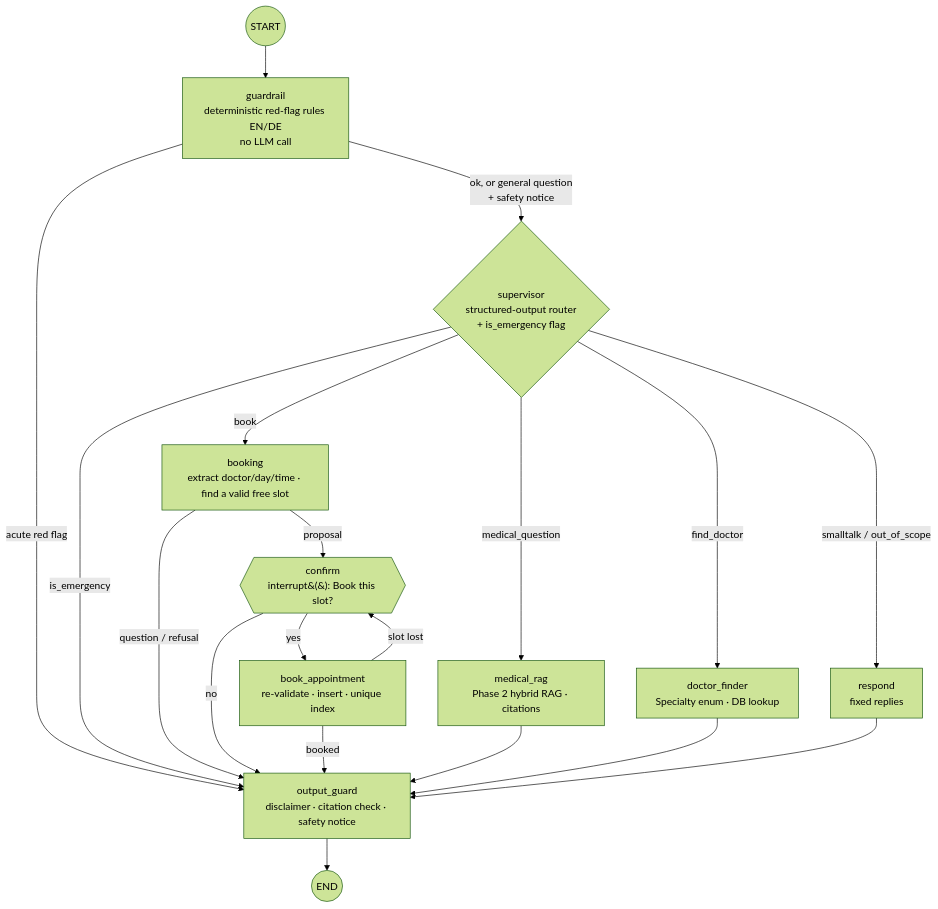
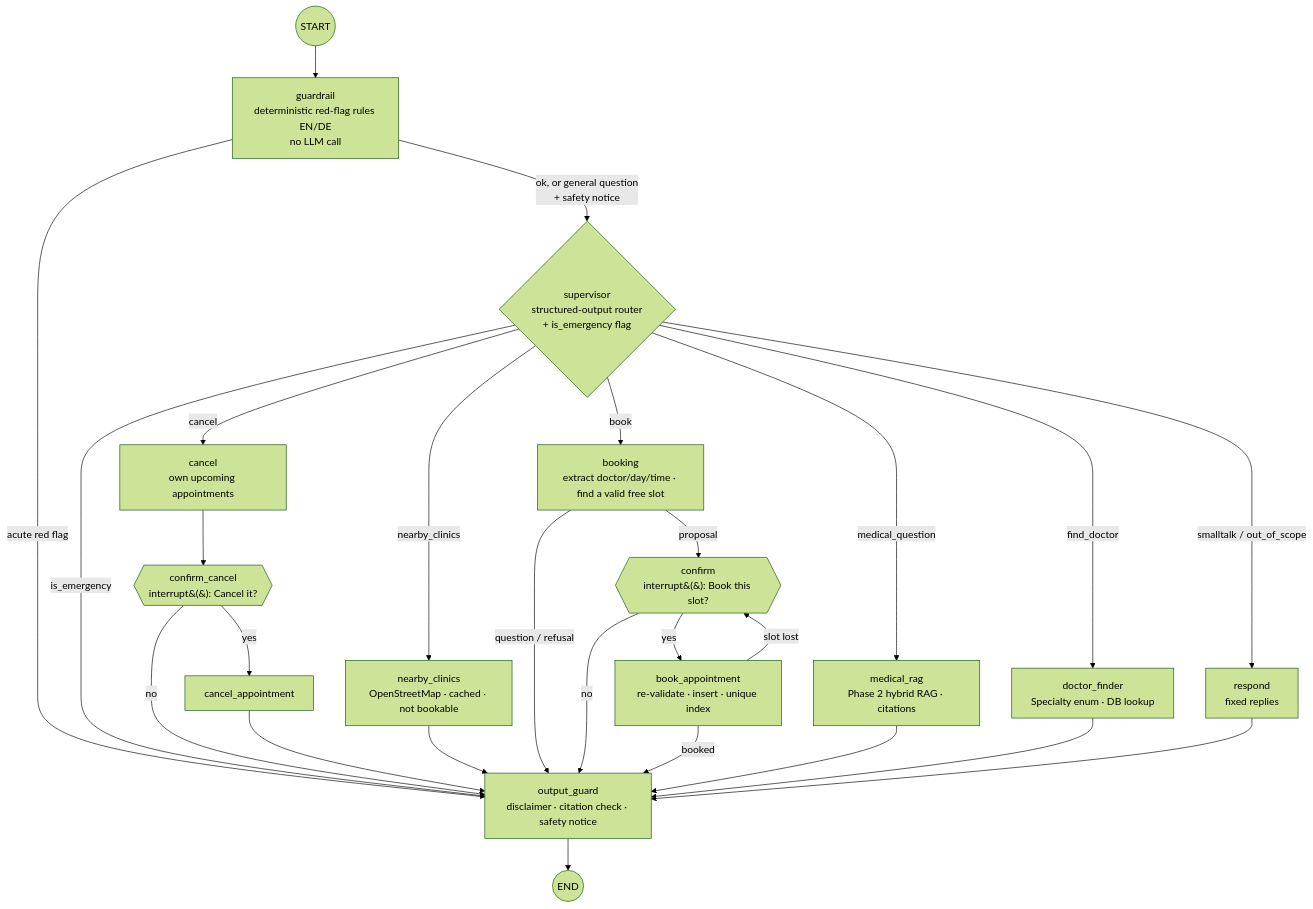
Before and after one commit to KeertiPremGadde/agentic-healthcare-assistant: the second of 5 diagrams in docs/ARCHITECTURE.md, drawn with Mermaid (forest theme). The commit also changed other lines of this file and 55 other files, not shown here.

First line of the commit message:
feat: Phase 4 MCP tools, cancellation, Google Calendar and nearby clinics (#11)

````diff
--- a/docs/ARCHITECTURE.md
+++ b/docs/ARCHITECTURE.md
@@ -27,21 +27,28 @@
 ```mermaid
 flowchart TD
     START((START)) --> GR[guardrail<br/>deterministic red-flag rules EN/DE<br/>no LLM call]
     GR -->|acute red flag| OUT
     GR -->|ok, or general question<br/>+ safety notice| SUP{supervisor<br/>structured-output router<br/>+ is_emergency flag}
     SUP -->|is_emergency| OUT
     SUP -->|medical_question| RAG[medical_rag<br/>Phase 2 hybrid RAG · citations]
     SUP -->|find_doctor| DF[doctor_finder<br/>Specialty enum · DB lookup]
     SUP -->|book| BK[booking<br/>extract doctor/day/time · find a valid free slot]
+    SUP -->|cancel| CX[cancel<br/>own upcoming appointments]
+    SUP -->|nearby_clinics| NB[nearby_clinics<br/>OpenStreetMap · cached · not bookable]
     SUP -->|smalltalk / out_of_scope| RS[respond<br/>fixed replies]
+    CX --> CC{{confirm_cancel<br/>interrupt&#40;&#41;: Cancel it?}}
+    CC -->|yes| CA[cancel_appointment]
+    CC -->|no| OUT
+    CA --> OUT
+    NB --> OUT
     BK -->|proposal| HITL{{confirm<br/>interrupt&#40;&#41;: Book this slot?}}
     BK -->|question / refusal| OUT
     HITL -->|yes| BOOK[book_appointment<br/>re-validate · insert · unique index]
     HITL -->|no| OUT
     BOOK -->|slot lost| HITL
     BOOK -->|booked| OUT
     RAG --> OUT[output_guard<br/>disclaimer · citation check · safety notice]
     DF --> OUT
     RS --> OUT
     OUT --> END((END))
 ```
````
